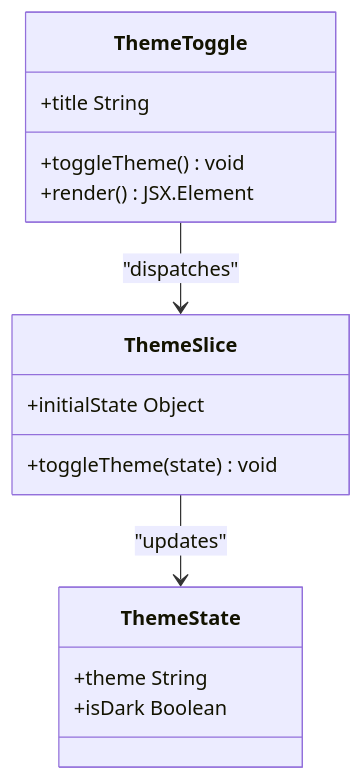
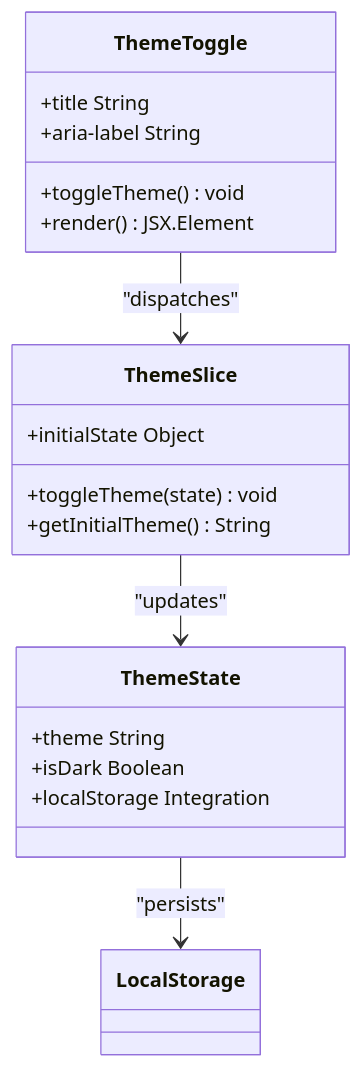
One commit to Aryan9060/Timetable-Project changed the fifth of 14 diagrams in .qoder/repowiki/en/content/Authentication & Authorization/Login Page Implementation.md. Above: the diagram before and after it, drawn with Mermaid. The commit also changed other lines of this file and 21 other files, not shown here.

````diff
--- a/.qoder/repowiki/en/content/Authentication & Authorization/Login Page Implementation.md
+++ b/.qoder/repowiki/en/content/Authentication & Authorization/Login Page Implementation.md
@@ -195,18 +229,22 @@
 ```mermaid
 classDiagram
 class ThemeToggle {
 +toggleTheme() void
 +render() JSX.Element
 +title String
++aria-label String
 }
 class ThemeSlice {
 +initialState Object
 +toggleTheme(state) void
++getInitialTheme() String
 }
 class ThemeState {
 +theme String
 +isDark Boolean
++localStorage Integration
 }
 ThemeToggle --> ThemeSlice : "dispatches"
 ThemeSlice --> ThemeState : "updates"
+ThemeState --> LocalStorage : "persists"
 ```
````
